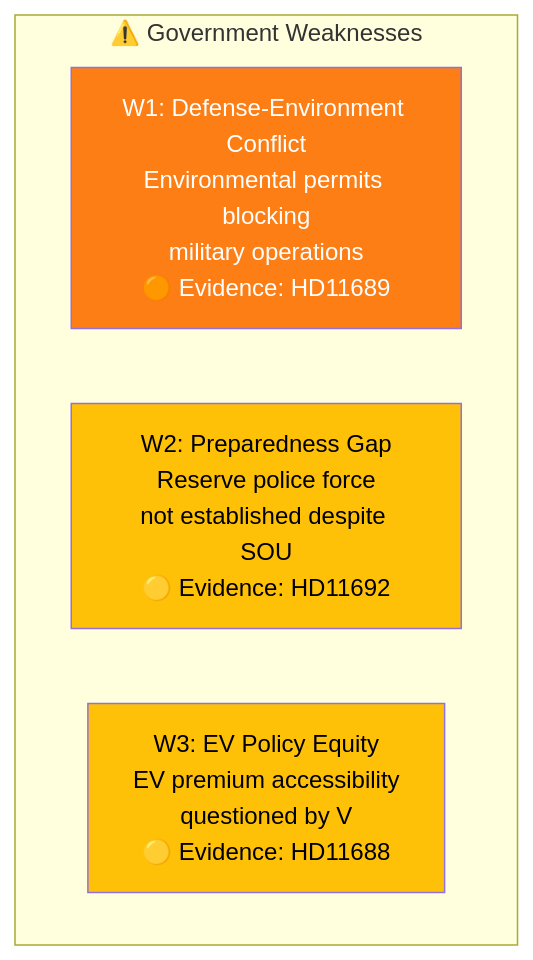
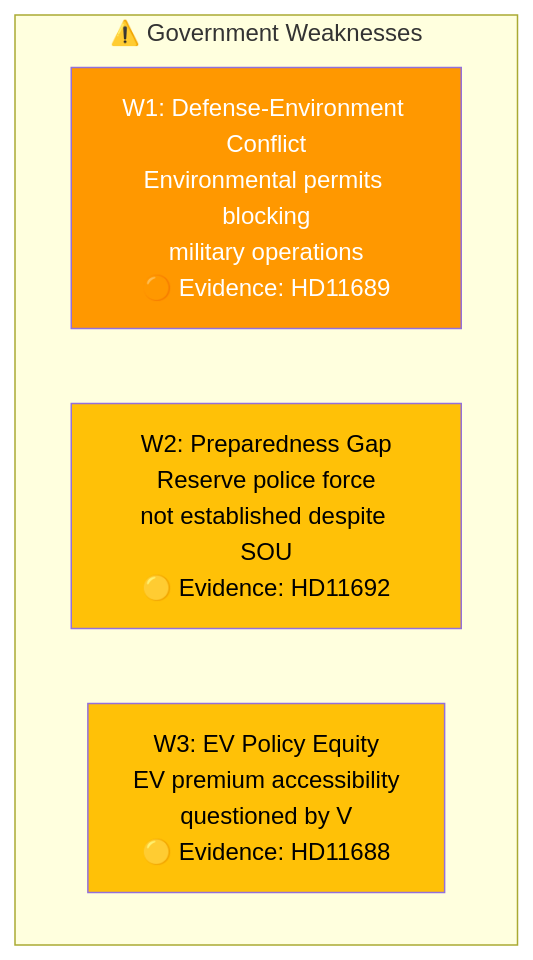
Before and after one commit to Hack23/riksdagsmonitor: the second of 4 diagrams in analysis/daily/2026-04-08/realtime-1433/swot-analysis.md, drawn with Mermaid. The commit also changed other lines of this file and 785 other files, not shown here.

First line of the commit message:
Normalize mermaid colors across 786 analysis artifacts to ISMS Style Guide palette

````diff
--- a/analysis/daily/2026-04-08/realtime-1433/swot-analysis.md
+++ b/analysis/daily/2026-04-08/realtime-1433/swot-analysis.md
@@ -45,12 +45,12 @@
 ```mermaid
 graph TD
     subgraph "⚠️ Government Weaknesses"
         W1["W1: Defense-Environment Conflict<br/>Environmental permits blocking<br/>military operations<br/>🟠 Evidence: HD11689"]
         W2["W2: Preparedness Gap<br/>Reserve police force<br/>not established despite SOU<br/>🟡 Evidence: HD11692"]
         W3["W3: EV Policy Equity<br/>EV premium accessibility<br/>questioned by V<br/>🟡 Evidence: HD11688"]
     end
 
-    style W1 fill:#fd7e14,color:#fff
-    style W2 fill:#ffc107,color:#000
-    style W3 fill:#ffc107,color:#000
+    style W1 fill:#FF9800,color:#FFFFFF
+    style W2 fill:#FFC107,color:#000000
+    style W3 fill:#FFC107,color:#000000
 ```
````
